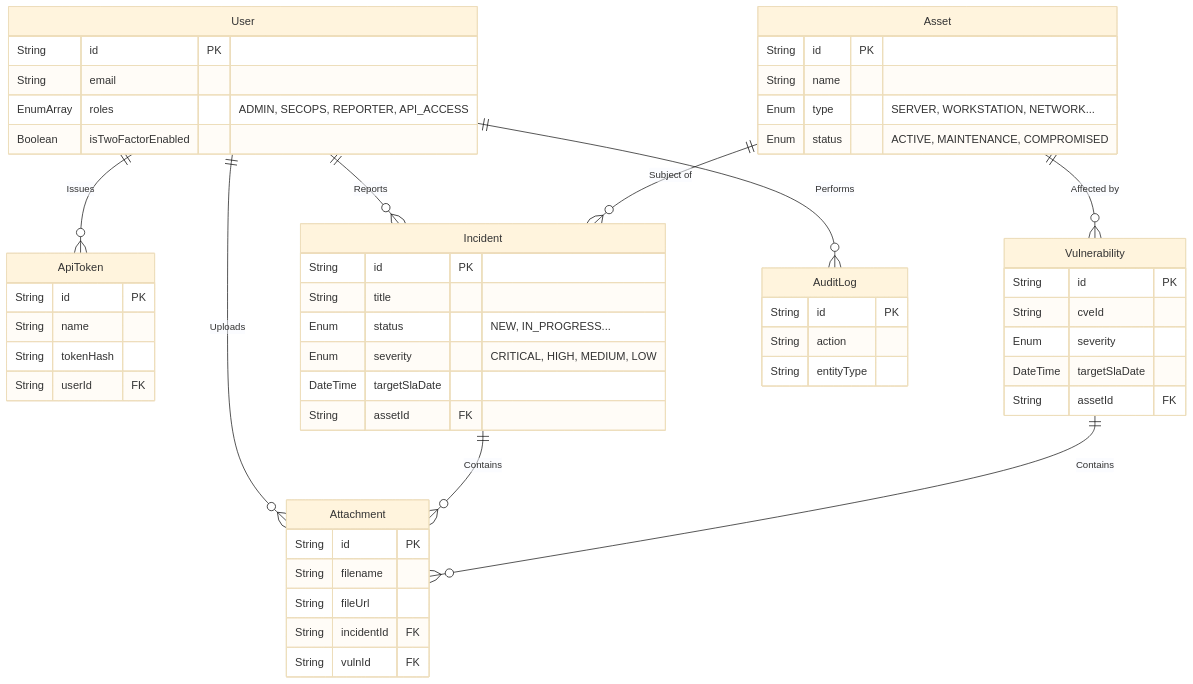
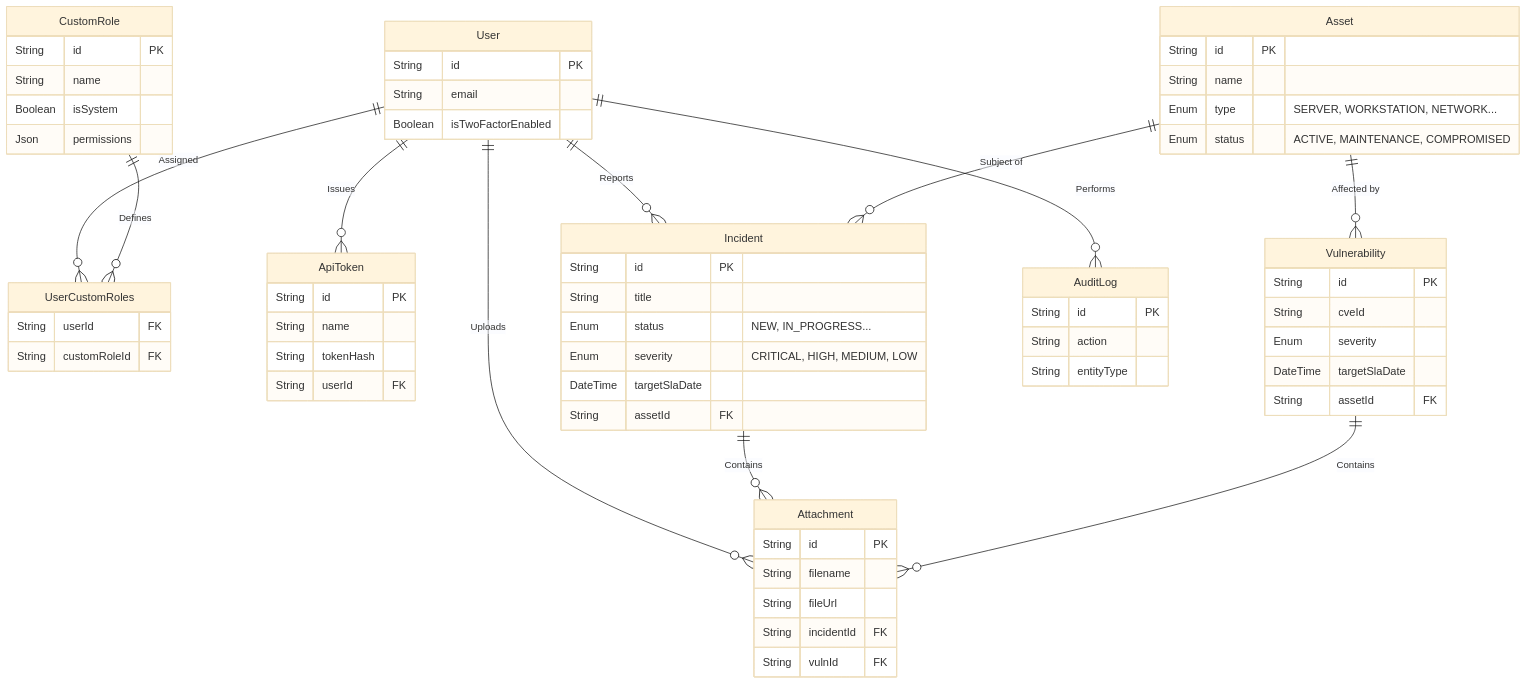
The third of 5 diagrams in docs/ARCHITECTURE.md (Cyber-Sec-Space/openticket), drawn with Mermaid (base theme) before and after one commit. The commit also changed other lines of this file and 3 other files, not shown here.

Commit message:
docs: synchronize architecture and readmes with granular permission matrix

````diff
--- a/docs/ARCHITECTURE.md
+++ b/docs/ARCHITECTURE.md
@@ -59,57 +59,68 @@
 ```mermaid
 erDiagram
     User {
         String id PK
         String email
-        EnumArray roles "ADMIN, SECOPS, REPORTER, API_ACCESS"
         Boolean isTwoFactorEnabled
+    }
+    CustomRole {
+        String id PK
+        String name
+        Boolean isSystem
+        Json permissions
+    }
+    UserCustomRoles {
+        String userId FK
+        String customRoleId FK
     }
     ApiToken {
         String id PK
         String name
         String tokenHash
         String userId FK
     }
     Asset {
         String id PK
         String name
         Enum type "SERVER, WORKSTATION, NETWORK..."
         Enum status "ACTIVE, MAINTENANCE, COMPROMISED"
     }
     Incident {
         String id PK
         String title
         Enum status "NEW, IN_PROGRESS..."
         Enum severity "CRITICAL, HIGH, MEDIUM, LOW"
         DateTime targetSlaDate
         String assetId FK
     }
     Vulnerability {
         String id PK
         String cveId
         Enum severity
         DateTime targetSlaDate
         String assetId FK
     }
     Attachment {
         String id PK
         String filename
         String fileUrl
         String incidentId FK
         String vulnId FK
     }
     AuditLog {
         String id PK
         String action
         String entityType
     }
 
     User ||--o{ Incident : "Reports"
     Asset ||--o{ Incident : "Subject of"
     Asset ||--o{ Vulnerability : "Affected by"
     User ||--o{ AuditLog : "Performs"
+    User ||--o{ UserCustomRoles : "Assigned"
+    CustomRole ||--o{ UserCustomRoles : "Defines"
     User ||--o{ Attachment : "Uploads"
     User ||--o{ ApiToken : "Issues"
     Incident ||--o{ Attachment : "Contains"
     Vulnerability ||--o{ Attachment : "Contains"
 ```
````
